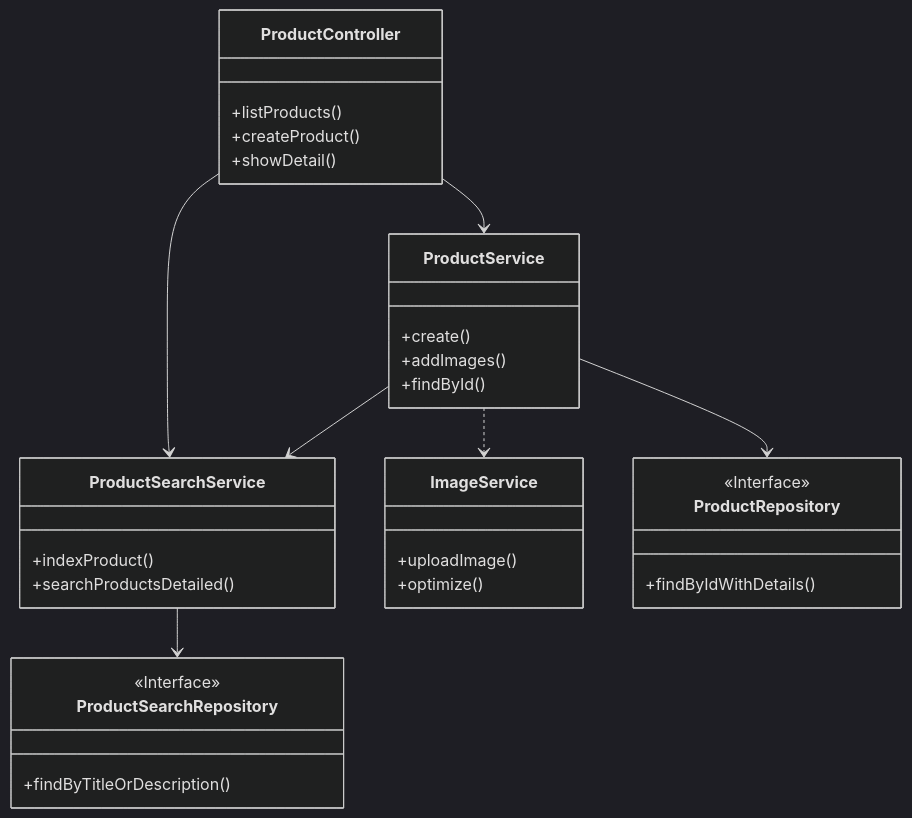
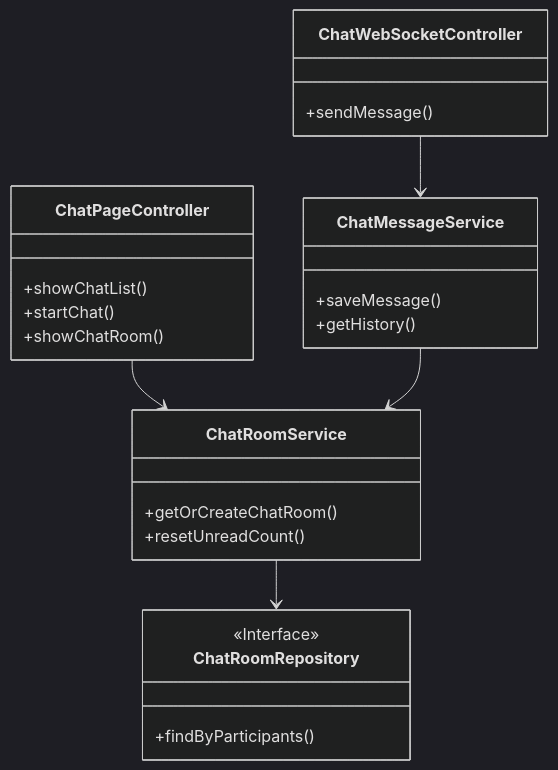
Before and after one commit to Rebbouh-Mohamed/Marketplace-App: the fourth of 5 diagrams in docs/technical_documentation.md, drawn with Mermaid (dark theme). The commit also changed other lines of this file and 8 other files, not shown here.

````diff
--- a/docs/technical_documentation.md
+++ b/docs/technical_documentation.md
@@ -143,41 +116,32 @@
 ```mermaid
 classDiagram
-    class ProductController {
-        +listProducts()
-        +createProduct()
-        +showDetail()
+    class ChatPageController {
+        +showChatList()
+        +startChat()
+        +showChatRoom()
     }
     
-    class ProductService {
-        +create()
-        +addImages()
-        +findById()
+    class ChatWebSocketController {
+        +sendMessage()
     }
     
-    class ProductSearchService {
-        +indexProduct()
-        +searchProductsDetailed()
+    class ChatRoomService {
+        +getOrCreateChatRoom()
+        +resetUnreadCount()
     }
     
-    class ImageService {
-        +uploadImage()
-        +optimize()
+    class ChatMessageService {
+        +saveMessage()
+        +getHistory()
     }
     
-    class ProductRepository {
+    class ChatRoomRepository {
         <<Interface>>
-        +findByIdWithDetails()
+        +findByParticipants()
     }
 
-    class ProductSearchRepository {
-        <<Interface>>
-        +findByTitleOrDescription()
-    }
-
-    ProductController --> ProductService
-    ProductController --> ProductSearchService
-    ProductService --> ProductRepository
-    ProductService --> ProductSearchService
-    ProductService ..> ImageService
-    ProductSearchService --> ProductSearchRepository
+    ChatPageController --> ChatRoomService
+    ChatWebSocketController --> ChatMessageService
+    ChatMessageService --> ChatRoomService
+    ChatRoomService --> ChatRoomRepository
 ```
````
